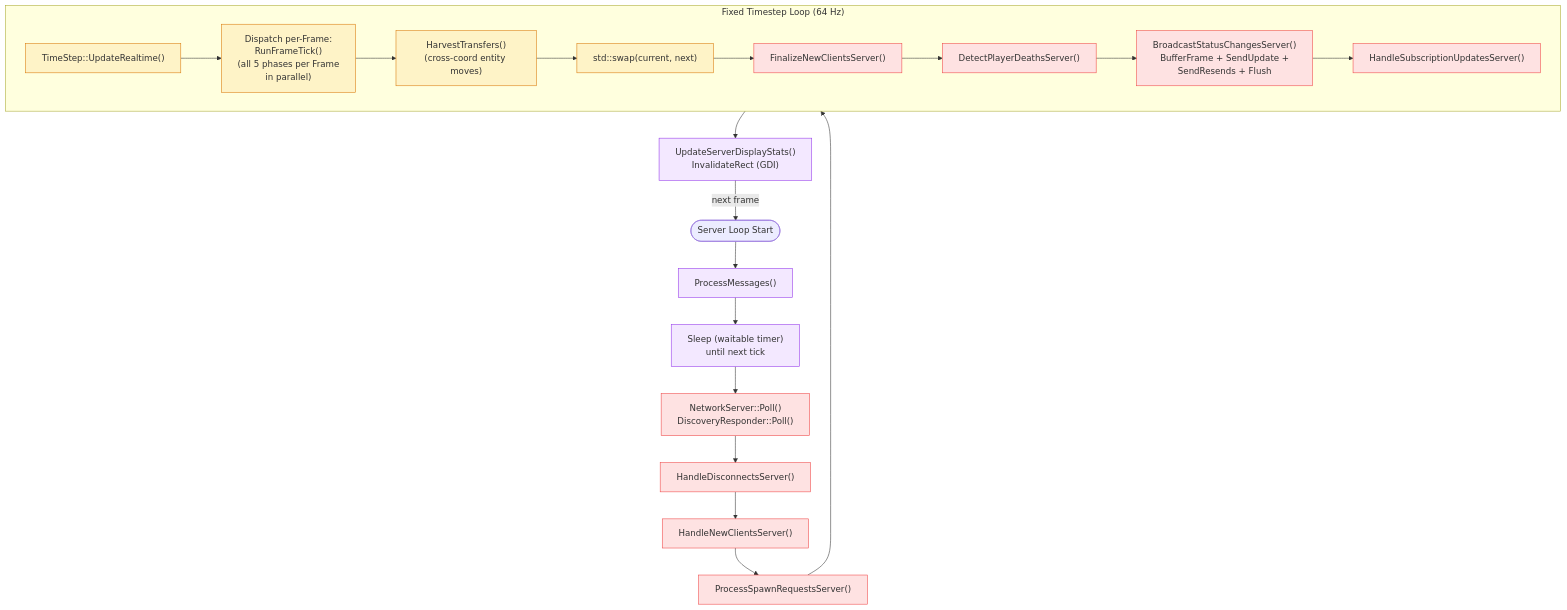
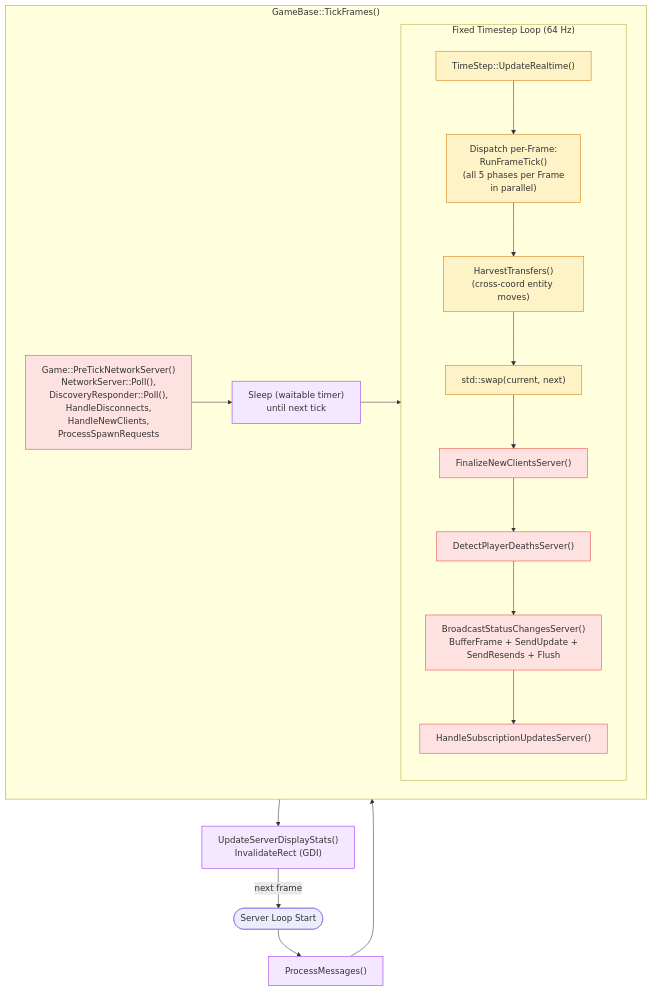
One commit to DougTanner/BrokenEnginePublic changed the third of 5 diagrams in Documents/Architecture/FrameUpdatePipeline.md. Above: the diagram before and after it, drawn with Mermaid. The commit also changed other lines of this file and 35 other files, not shown here.

````diff
--- a/Documents/Architecture/FrameUpdatePipeline.md
+++ b/Documents/Architecture/FrameUpdatePipeline.md
@@ -107,35 +111,37 @@
 ```mermaid
 %%{init: {'theme': 'default'}}%%
 flowchart TD
     classDef physics fill:#fef3c7,stroke:#d97706
     classDef network fill:#fee2e2,stroke:#ef4444
     classDef server fill:#f3e8ff,stroke:#9333ea
 
     start(["Server Loop Start"])
 
     msgs["ProcessMessages()"]:::server
-    sleep["Sleep (waitable timer)<br/>until next tick"]:::server
 
-    net_recv["NetworkServer::Poll()<br/>DiscoveryResponder::Poll()"]:::network
-    disconnects["HandleDisconnectsServer()"]:::network
-    new_clients["HandleNewClientsServer()"]:::network
-    spawns["ProcessSpawnRequestsServer()"]:::network
+    subgraph tick_frames ["GameBase::TickFrames()"]
+        pre_tick["Game::PreTickNetworkServer()<br/>NetworkServer::Poll(),<br/>DiscoveryResponder::Poll(),<br/>HandleDisconnects,<br/>HandleNewClients,<br/>ProcessSpawnRequests"]:::network
 
-    subgraph physics_loop ["Fixed Timestep Loop (64 Hz)"]
-        ts["TimeStep::UpdateRealtime()"]:::physics
-        dispatch_s["Dispatch per-Frame:<br/>RunFrameTick()<br/>(all 5 phases per Frame<br/>in parallel)"]:::physics
-        frame_swap["std::swap(current, next)"]:::physics
-        finalize["FinalizeNewClientsServer()"]:::network
-        deaths["DetectPlayerDeathsServer()"]:::network
-        broadcast["BroadcastStatusChangesServer()<br/>BufferFrame + SendUpdate +<br/>SendResends + Flush"]:::network
-        subscriptions["HandleSubscriptionUpdatesServer()"]:::network
-        harvest["HarvestTransfers()<br/>(cross-coord entity moves)"]:::physics
-        ts --> dispatch_s --> harvest --> frame_swap
-        frame_swap --> finalize --> deaths --> broadcast --> subscriptions
+        sleep["Sleep (waitable timer)<br/>until next tick"]:::server
+
+        subgraph physics_loop ["Fixed Timestep Loop (64 Hz)"]
+            ts["TimeStep::UpdateRealtime()"]:::physics
+            dispatch_s["Dispatch per-Frame:<br/>RunFrameTick()<br/>(all 5 phases per Frame<br/>in parallel)"]:::physics
+            frame_swap["std::swap(current, next)"]:::physics
+            finalize["FinalizeNewClientsServer()"]:::network
+            deaths["DetectPlayerDeathsServer()"]:::network
+            broadcast["BroadcastStatusChangesServer()<br/>BufferFrame + SendUpdate +<br/>SendResends + Flush"]:::network
+            subscriptions["HandleSubscriptionUpdatesServer()"]:::network
+            harvest["HarvestTransfers()<br/>(cross-coord entity moves)"]:::physics
+            ts --> dispatch_s --> harvest --> frame_swap
+            frame_swap --> finalize --> deaths --> broadcast --> subscriptions
+        end
+
+        pre_tick --> sleep --> physics_loop
     end
 
     display["UpdateServerDisplayStats()<br/>InvalidateRect (GDI)"]:::server
 
-    start --> msgs --> sleep --> net_recv --> disconnects --> new_clients --> spawns --> physics_loop --> display
+    start --> msgs --> tick_frames --> display
     display -->|next frame| start
 ```
````
